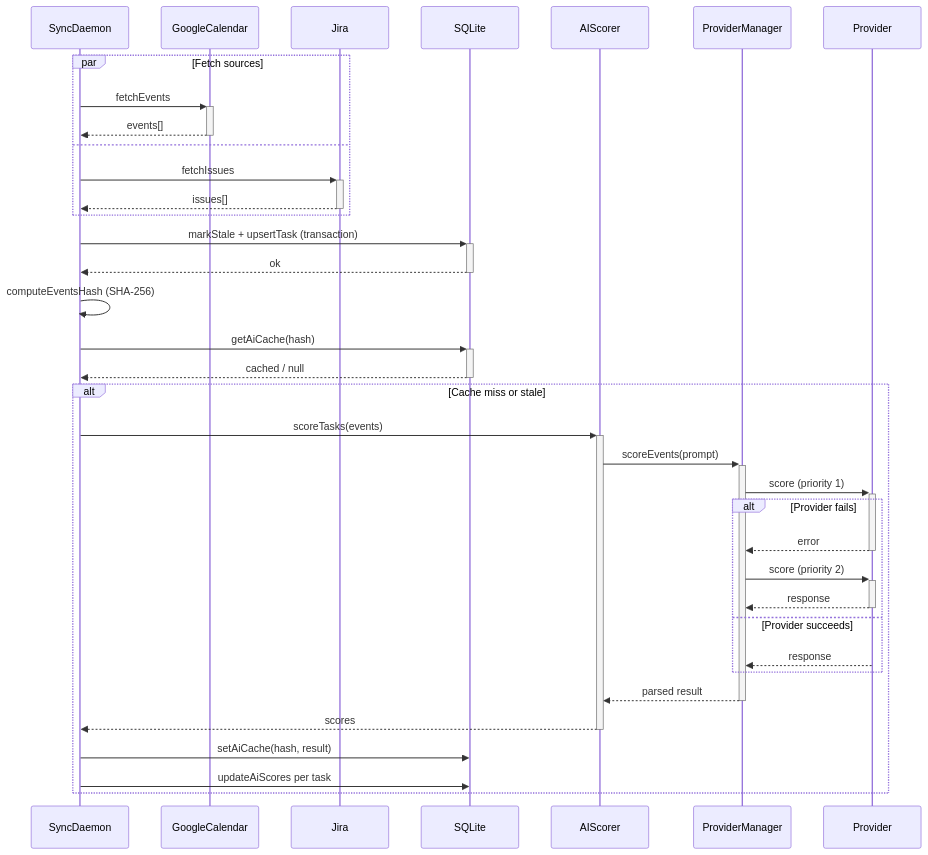
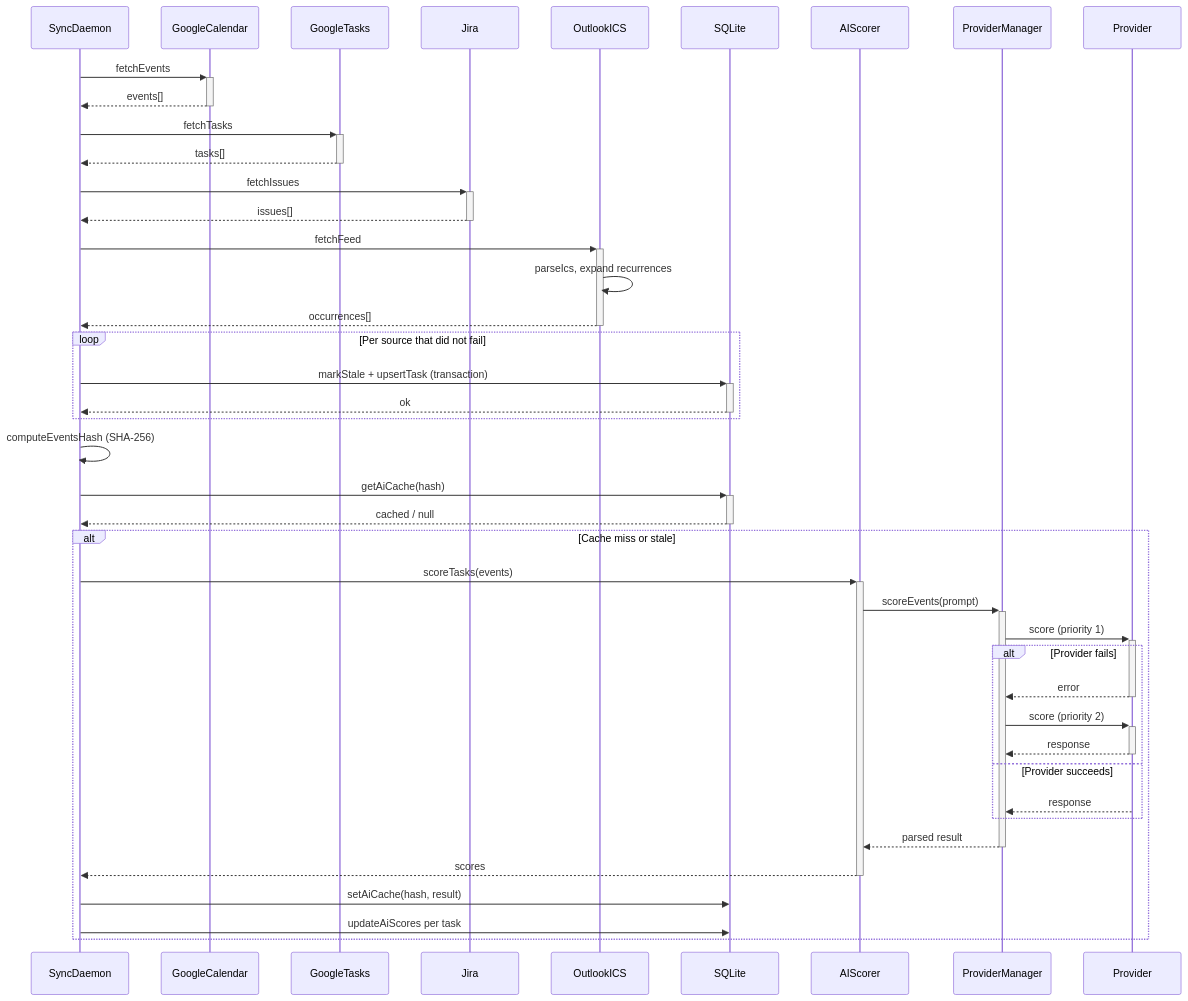
Before and after one commit to AndreaBonn/deadline-aura: the first of 4 diagrams in docs/ARCHITECTURE.md, drawn with Mermaid. The commit also changed other lines of this file and 3 other files, not shown here.

````diff
--- a/docs/ARCHITECTURE.md
+++ b/docs/ARCHITECTURE.md
@@ -11,45 +15,54 @@
 ```mermaid
 sequenceDiagram
   participant sd as SyncDaemon
   participant gcal as GoogleCalendar
+  participant gtasks as GoogleTasks
   participant jira as Jira
+  participant outlook as OutlookICS
   participant db as SQLite
   participant ai as AIScorer
   participant pm as ProviderManager
   participant prov as Provider
 
-  par Fetch sources
-    sd->>+gcal: fetchEvents
-    gcal-->>-sd: events[]
-  and
-    sd->>+jira: fetchIssues
-    jira-->>-sd: issues[]
+  sd->>+gcal: fetchEvents
+  gcal-->>-sd: events[]
+
+  sd->>+gtasks: fetchTasks
+  gtasks-->>-sd: tasks[]
+
+  sd->>+jira: fetchIssues
+  jira-->>-sd: issues[]
+
+  sd->>+outlook: fetchFeed
+  outlook->>outlook: parseIcs, expand recurrences
+  outlook-->>-sd: occurrences[]
+
+  loop Per source that did not fail
+    sd->>+db: markStale + upsertTask (transaction)
+    db-->>-sd: ok
   end
-
-  sd->>+db: markStale + upsertTask (transaction)
-  db-->>-sd: ok
 
   sd->>sd: computeEventsHash (SHA-256)
   sd->>+db: getAiCache(hash)
   db-->>-sd: cached / null
 
   alt Cache miss or stale
     sd->>+ai: scoreTasks(events)
     ai->>+pm: scoreEvents(prompt)
     pm->>+prov: score (priority 1)
 
     alt Provider fails
       prov-->>-pm: error
       pm->>+prov: score (priority 2)
       prov-->>-pm: response
     else Provider succeeds
       prov-->>pm: response
     end
 
     pm-->>-ai: parsed result
     ai-->>-sd: scores
 
     sd->>db: setAiCache(hash, result)
     sd->>db: updateAiScores per task
   end
 ```
````
